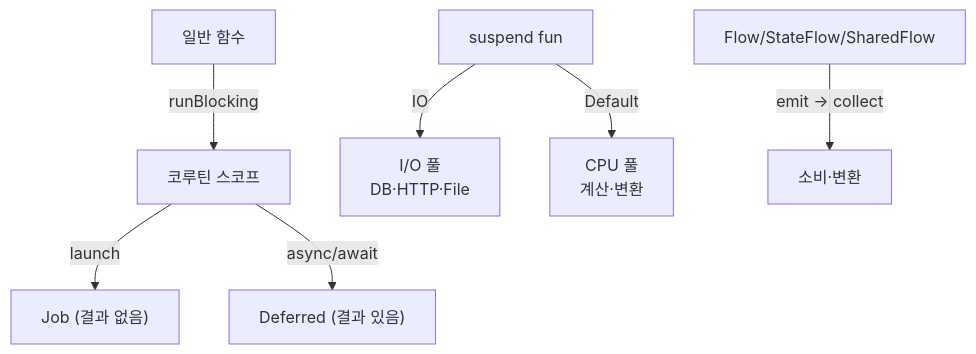
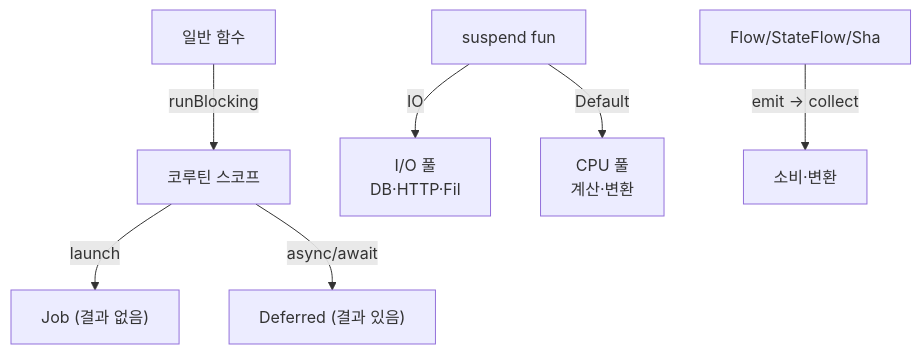
Before and after one commit to yjkim2015/yjkim2015.github.io: the fourth of 4 diagrams in _posts/kotlin/2026-05-02-kotlin-coroutines.md, drawn with Mermaid. The commit also changed other lines of this file and 271 other files, not shown here.

First line of the commit message:
Mermaid 라벨 축소: 긴 노드 텍스트 18자 이하로 트림 + \n 제거

````diff
--- a/_posts/kotlin/2026-05-02-kotlin-coroutines.md
+++ b/_posts/kotlin/2026-05-02-kotlin-coroutines.md
@@ -543,9 +543,9 @@
 ```mermaid
 flowchart TD
     Normal["일반 함수"] -->|runBlocking| Scope["코루틴 스코프"]
     Scope -->|launch| Job["Job (결과 없음)"]
     Scope -->|async/await| Deferred["Deferred (결과 있음)"]
-    SuspendFn["suspend fun"] -->|IO| IOPool["I/O 풀\nDB·HTTP·File"]
+    SuspendFn["suspend fun"] -->|IO| IOPool["I/O 풀\nDB·HTTP·Fil"]
     SuspendFn -->|Default| CPUPool["CPU 풀\n계산·변환"]
-    Flow["Flow/StateFlow/SharedFlow"] -->|"emit → collect"| Consume["소비·변환"]
+    Flow["Flow/StateFlow/Sha"] -->|"emit → collect"| Consume["소비·변환"]
 ```
````
